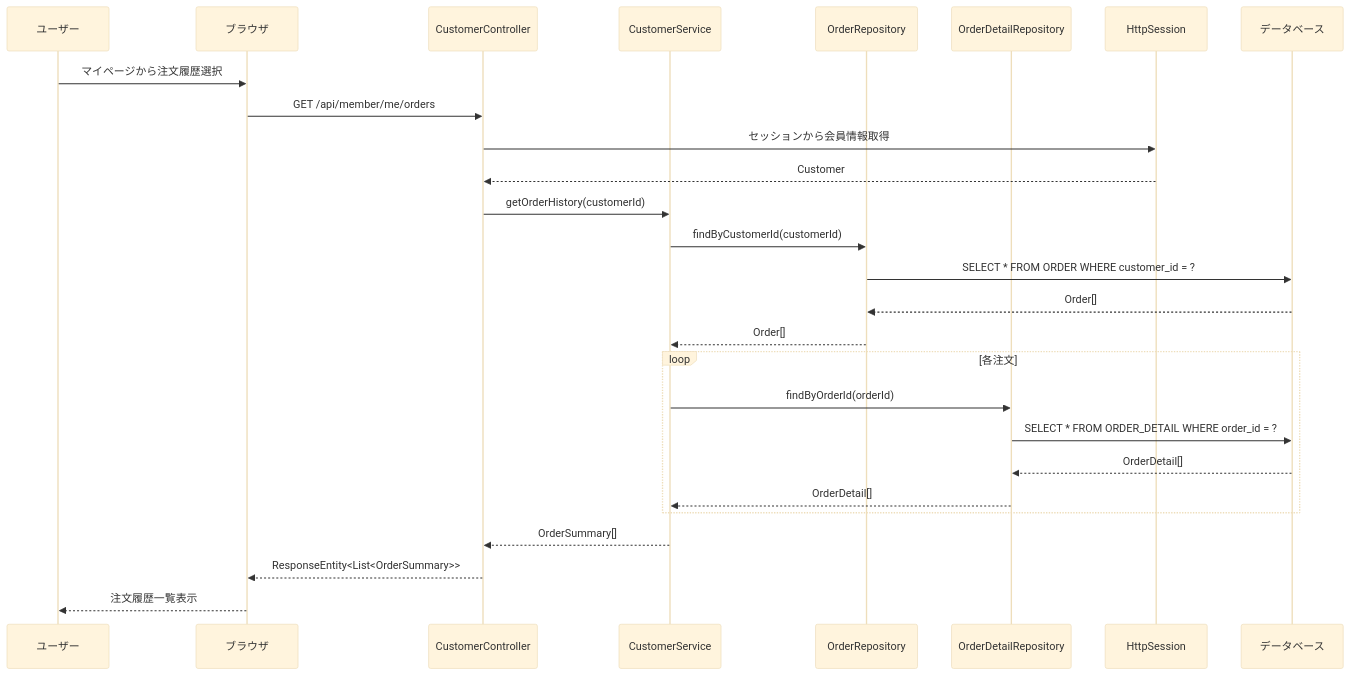
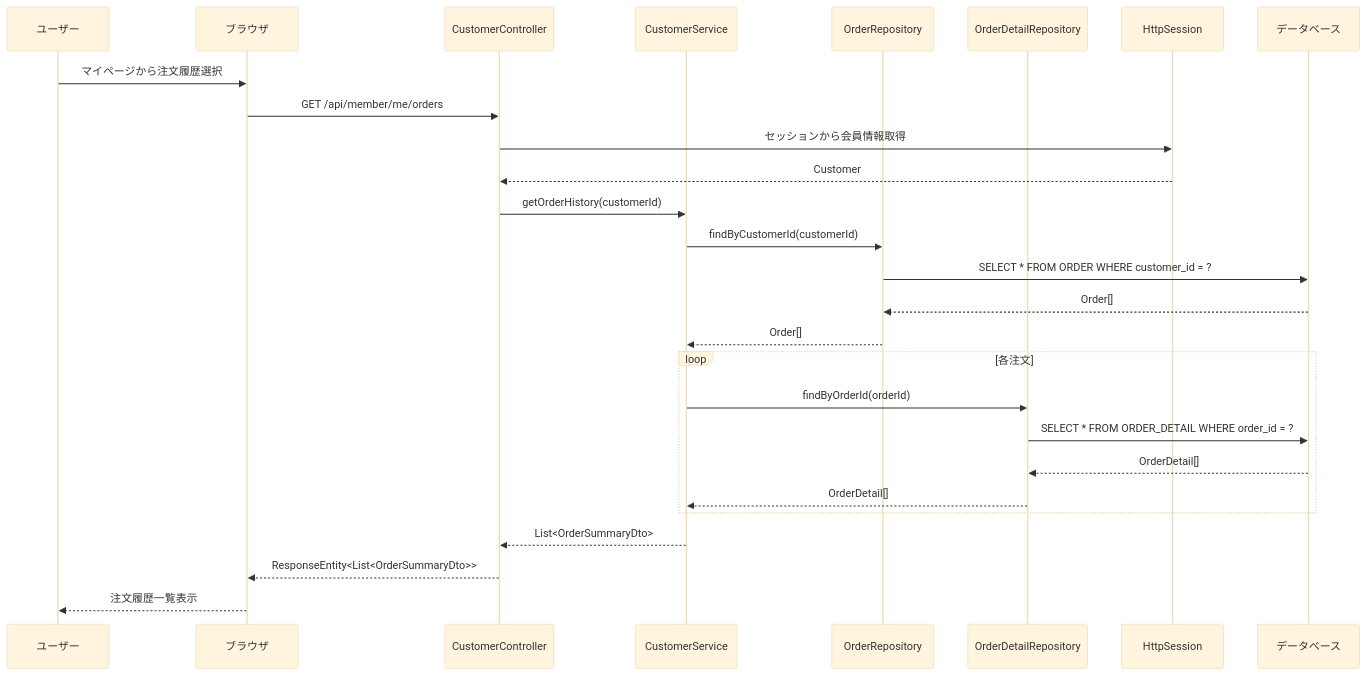
Diagram 15 of 17 in 詳細設計/3_sequence.md (shogomaeda758/Bacon), drawn with Mermaid (base theme) before and after one commit. The commit also changed other lines of this file and 2 other files, not shown here.

````diff
--- a/詳細設計/3_sequence.md
+++ b/詳細設計/3_sequence.md
@@ -558,32 +605,32 @@
 ```mermaid
 sequenceDiagram
     participant U as ユーザー
     participant B as ブラウザ
     participant CC as CustomerController
     participant CS as CustomerService
     participant OR as OrderRepository
     participant ODR as OrderDetailRepository
     participant S as HttpSession
     participant DB as データベース
 
     U->>B: マイページから注文履歴選択
     B->>CC: GET /api/member/me/orders
     CC->>S: セッションから会員情報取得
     S-->>CC: Customer
     CC->>CS: getOrderHistory(customerId)
     CS->>OR: findByCustomerId(customerId)
     OR->>DB: SELECT * FROM ORDER WHERE customer_id = ?
     DB-->>OR: Order[]
     OR-->>CS: Order[]
     
     loop 各注文
         CS->>ODR: findByOrderId(orderId)
         ODR->>DB: SELECT * FROM ORDER_DETAIL WHERE order_id = ?
         DB-->>ODR: OrderDetail[]
         ODR-->>CS: OrderDetail[]
     end
     
-    CS-->>CC: OrderSummary[]
-    CC-->>B: ResponseEntity<List<OrderSummary>>
+    CS-->>CC: List<OrderSummaryDto>
+    CC-->>B: ResponseEntity<List<OrderSummaryDto>>
     B-->>U: 注文履歴一覧表示
 ```
````
